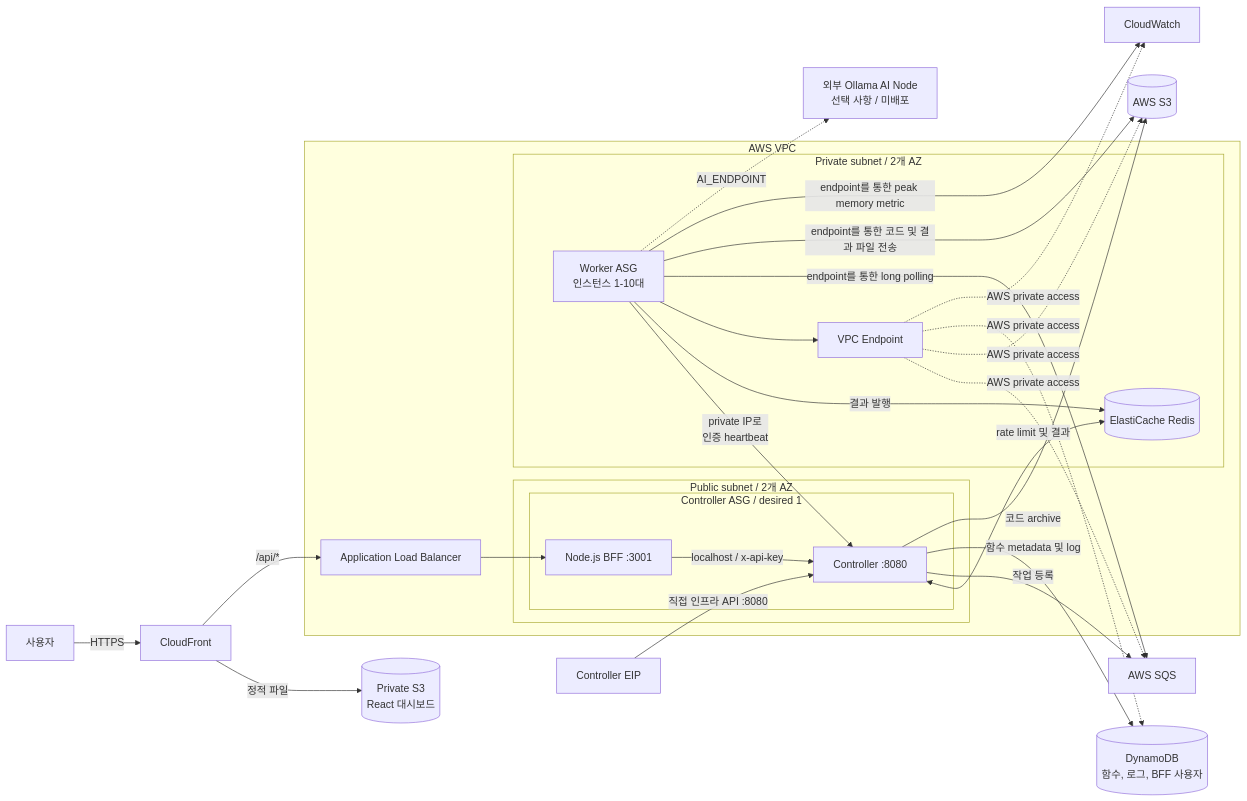
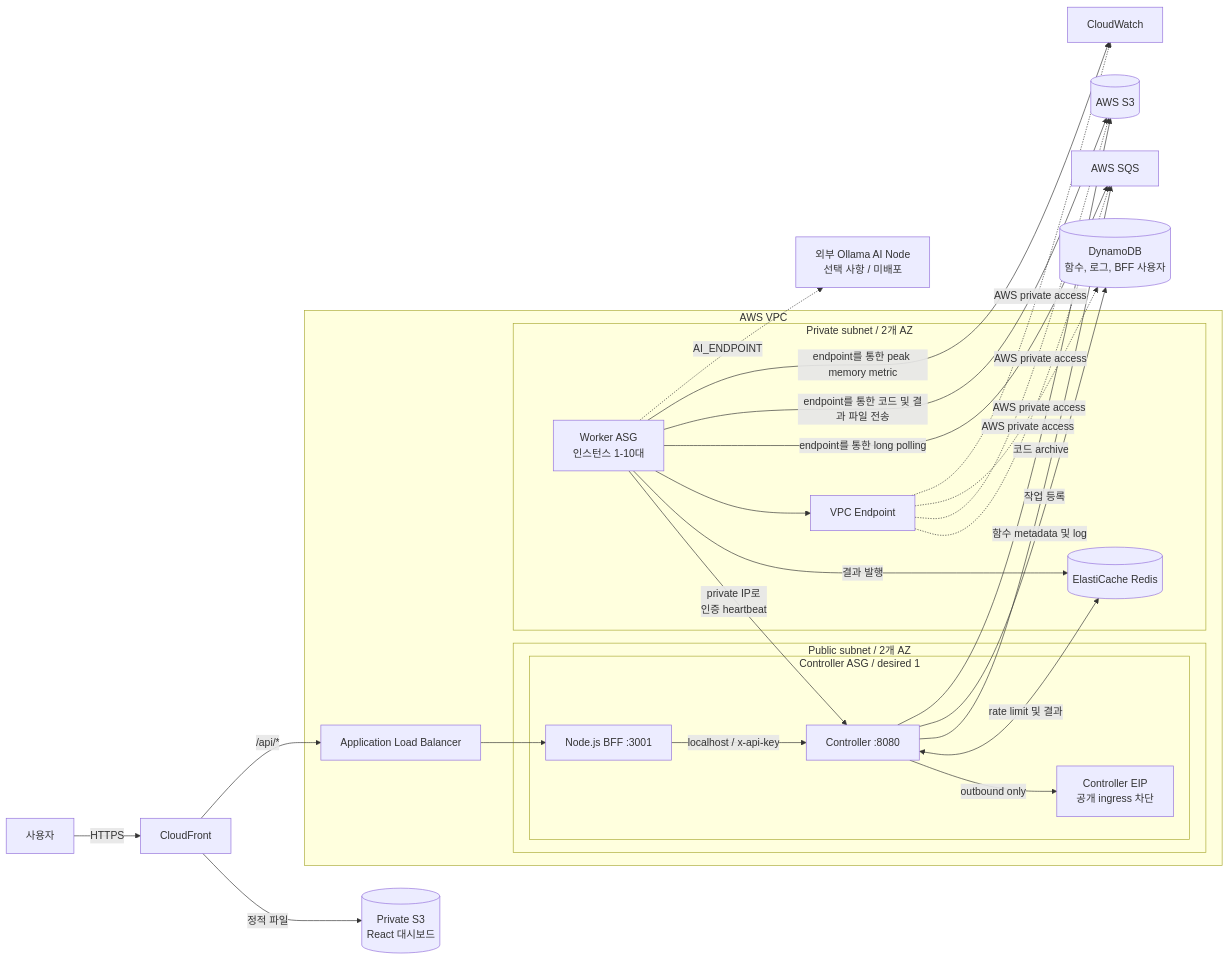
The first of 2 diagrams in README_KOR.md (sangmu1126/FaaS-Platform), drawn with Mermaid before and after one commit. The commit also changed 7 other files, not shown here.

Commit message:
restrict controller API to private traffic

````diff
--- a/README_KOR.md
+++ b/README_KOR.md
@@ -16,47 +16,47 @@
 ```mermaid
 flowchart LR
     User[사용자] -->|HTTPS| CF[CloudFront]
     CF -->|정적 파일| Web[(Private S3<br/>React 대시보드)]
     CF -->|/api/*| ALB[Application Load Balancer]
-    EIP[Controller EIP] -->|직접 인프라 API :8080| Controller
 
     subgraph VPC[AWS VPC]
         subgraph Public[Public subnet / 2개 AZ]
             subgraph Host[Controller ASG / desired 1]
                 BFF[Node.js BFF :3001]
                 Controller[Controller :8080]
                 BFF -->|localhost / x-api-key| Controller
+                Controller -->|outbound only| EIP[Controller EIP<br/>공개 ingress 차단]
             end
         end
 
         subgraph Private[Private subnet / 2개 AZ]
             Worker[Worker ASG<br/>인스턴스 1-10대]
             Redis[(ElastiCache Redis)]
             Endpoints[VPC Endpoint]
         end
 
         ALB --> BFF
         Worker -->|private IP로<br/>인증 heartbeat| Controller
         Controller <-->|rate limit 및 결과| Redis
         Worker -->|결과 발행| Redis
         Worker --> Endpoints
     end
 
     SQS[AWS SQS]
     S3[(AWS S3)]
     DDB[(DynamoDB<br/>함수, 로그, BFF 사용자)]
     CW[CloudWatch]
     AI[외부 Ollama AI Node<br/>선택 사항 / 미배포]
 
     Controller -->|작업 등록| SQS
     Controller -->|함수 metadata 및 log| DDB
     Controller -->|코드 archive| S3
     Worker -->|endpoint를 통한 long polling| SQS
     Worker -->|endpoint를 통한 코드 및 결과 파일 전송| S3
     Worker -->|endpoint를 통한 peak memory metric| CW
     Endpoints -. AWS private access .-> SQS
     Endpoints -. AWS private access .-> S3
     Endpoints -. AWS private access .-> DDB
     Endpoints -. AWS private access .-> CW
     Worker -. AI_ENDPOINT .-> AI
 ```
````
